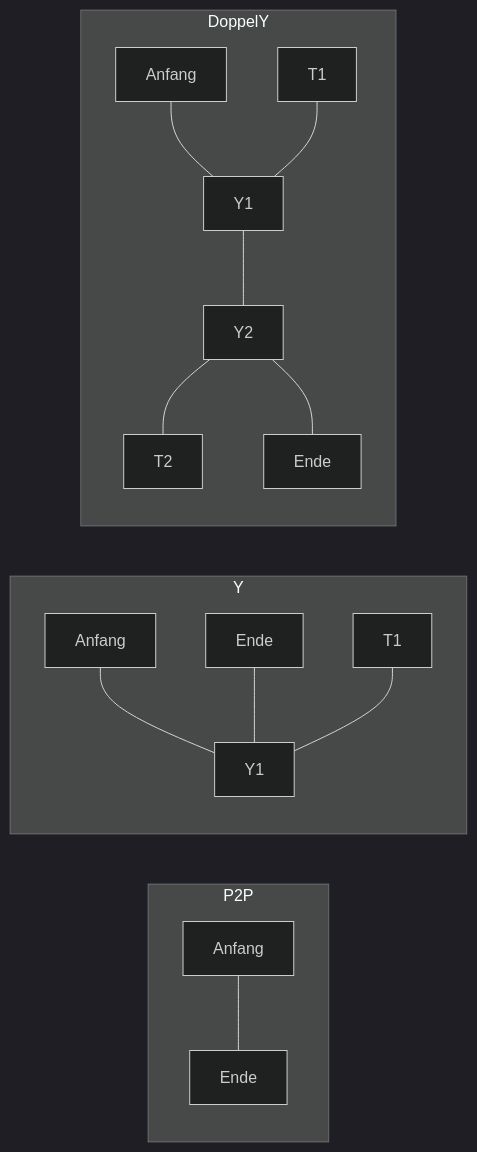
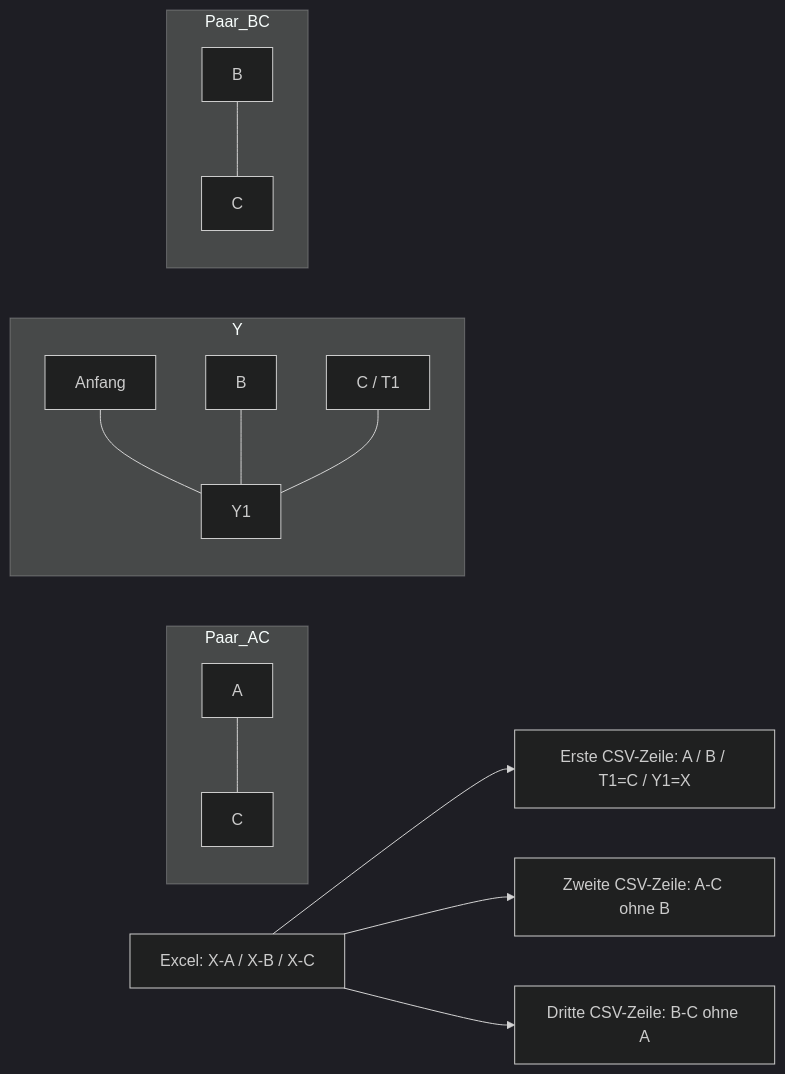
Before and after one commit to hadiibrahim-Engin/parser: the diagram in docs/abbildungen/topologie.mmd, drawn with Mermaid (dark theme). The commit also changed 25 other files, not shown here.

```diff
--- a/docs/abbildungen/topologie.mmd
+++ b/docs/abbildungen/topologie.mmd
@@ -1,16 +1,15 @@
 flowchart LR
-  subgraph P2P
-    A1[Anfang] --- E1[Ende]
+  Excel[Excel: X-A / X-B / X-C] --> Voll[Erste CSV-Zeile: A / B / T1=C / Y1=X]
+  Excel --> Paar2[Zweite CSV-Zeile: A-C ohne B]
+  Excel --> Paar3[Dritte CSV-Zeile: B-C ohne A]
+  subgraph Paar_AC
+    A1[A] --- E1[C]
   end
   subgraph Y
     A2[Anfang] --- Y1[Y1]
-    E2[Ende] --- Y1
-    T1[T1] --- Y1
+    E2[B] --- Y1
+    T1[C / T1] --- Y1
   end
-  subgraph DoppelY
-    A3[Anfang] --- Y3[Y1]
-    T3[T1] --- Y3
-    Y3 --- Y4[Y2]
-    Y4 --- T4[T2]
-    Y4 --- E3[Ende]
+  subgraph Paar_BC
+    B3[B] --- C3[C]
   end
```
